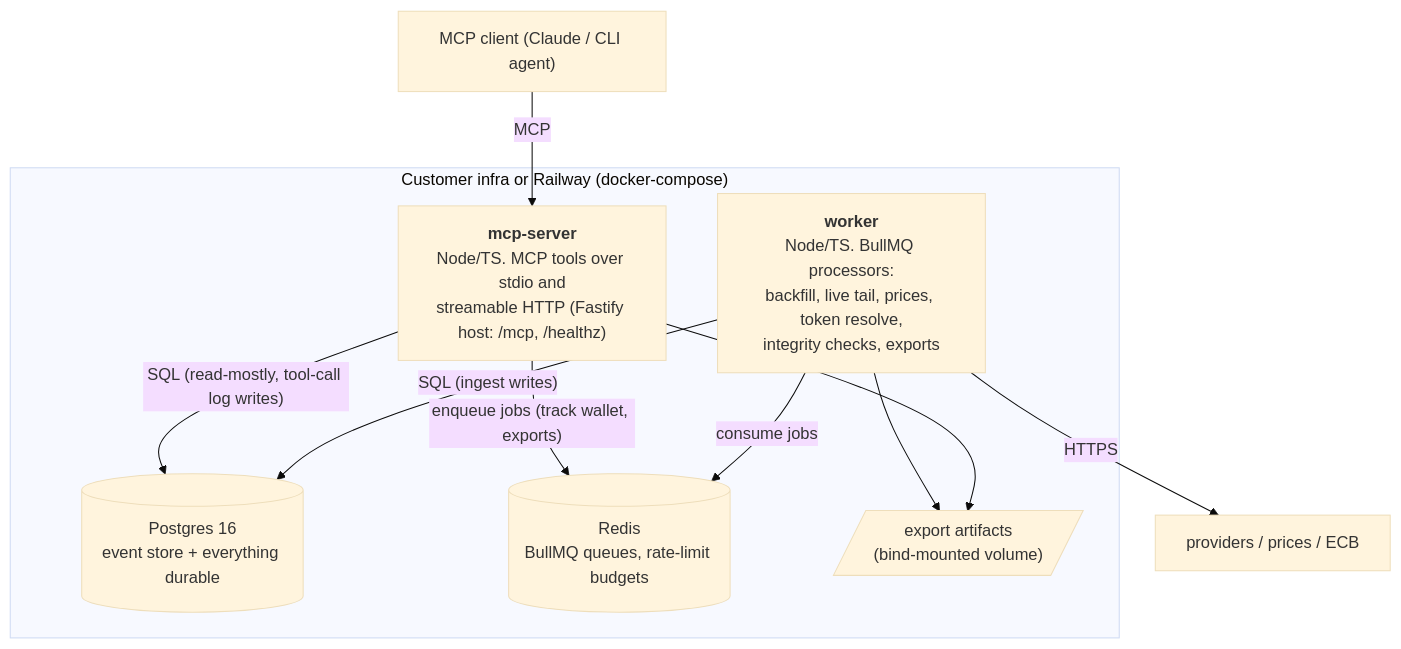
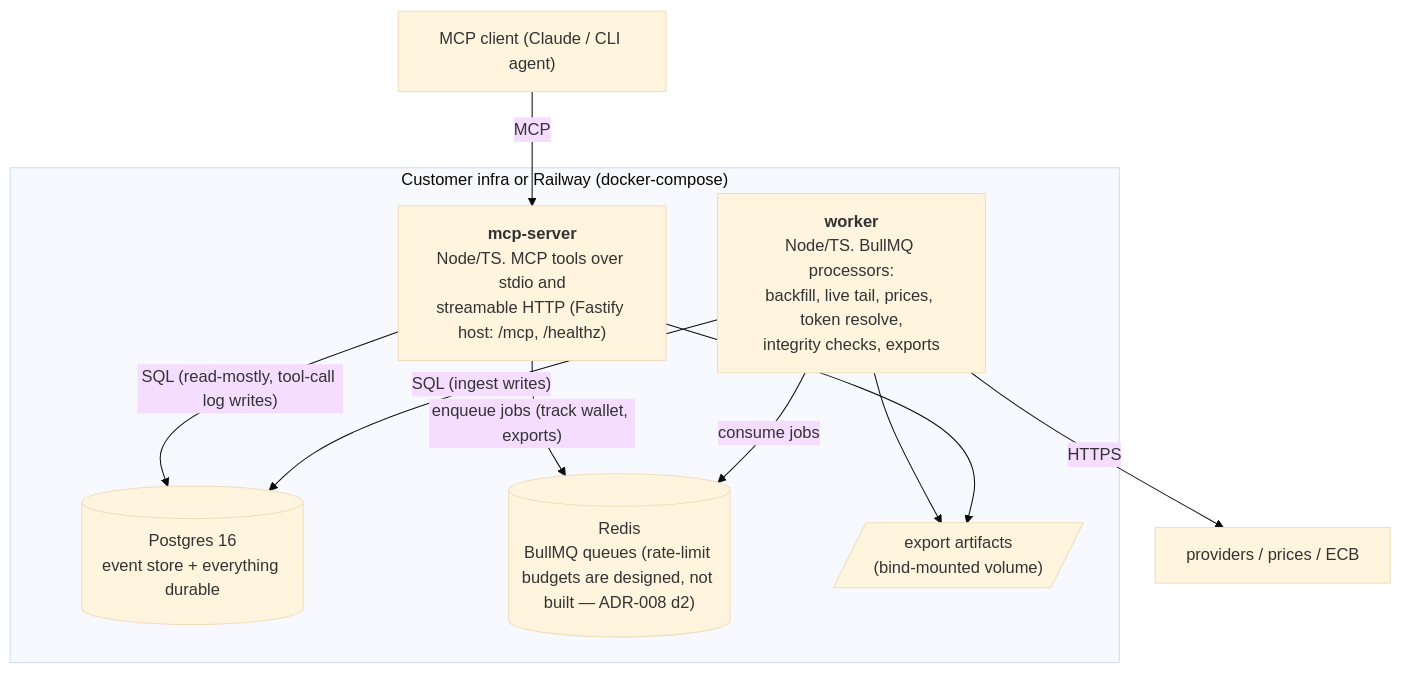
The second of 2 diagrams in docs/architecture/00-overview.md (Iaicox/Reconcil), drawn with Mermaid (base theme) before and after one commit. The commit also changed other lines of this file and 28 other files, not shown here.

````diff
--- a/docs/architecture/00-overview.md
+++ b/docs/architecture/00-overview.md
@@ -50,21 +50,21 @@
 ```mermaid
 flowchart TB
     subgraph host["Customer infra or Railway (docker-compose)"]
         mcps["<b>mcp-server</b><br/>Node/TS. MCP tools over stdio and<br/>streamable HTTP (Fastify host: /mcp, /healthz)"]
         worker["<b>worker</b><br/>Node/TS. BullMQ processors:<br/>backfill, live tail, prices, token resolve,<br/>integrity checks, exports"]
         pg[("Postgres 16<br/>event store + everything durable")]
-        redis[("Redis<br/>BullMQ queues, rate-limit budgets")]
+        redis[("Redis<br/>BullMQ queues (rate-limit budgets are designed, not built — ADR-008 d2)")]
         files[/"export artifacts<br/>(bind-mounted volume)"/]
     end
 
     client["MCP client (Claude / CLI agent)"]
 
     client -- "MCP" --> mcps
     mcps -- "SQL (read-mostly, tool-call log writes)" --> pg
     mcps -- "enqueue jobs (track wallet, exports)" --> redis
     worker -- "SQL (ingest writes)" --> pg
     worker -- "consume jobs" --> redis
     worker -- "HTTPS" --> ext["providers / prices / ECB"]
     worker --> files
     mcps --> files
 ```
````
